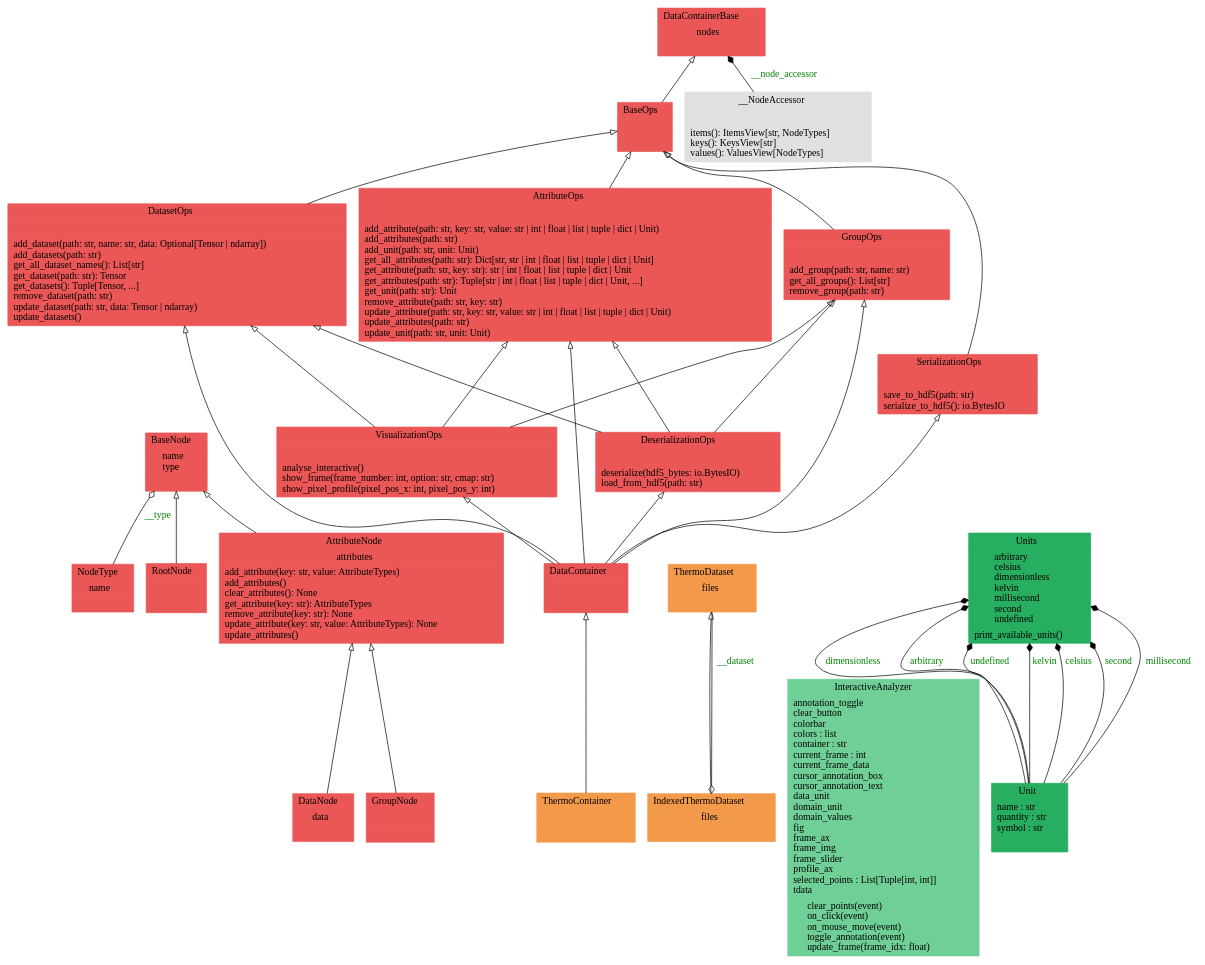
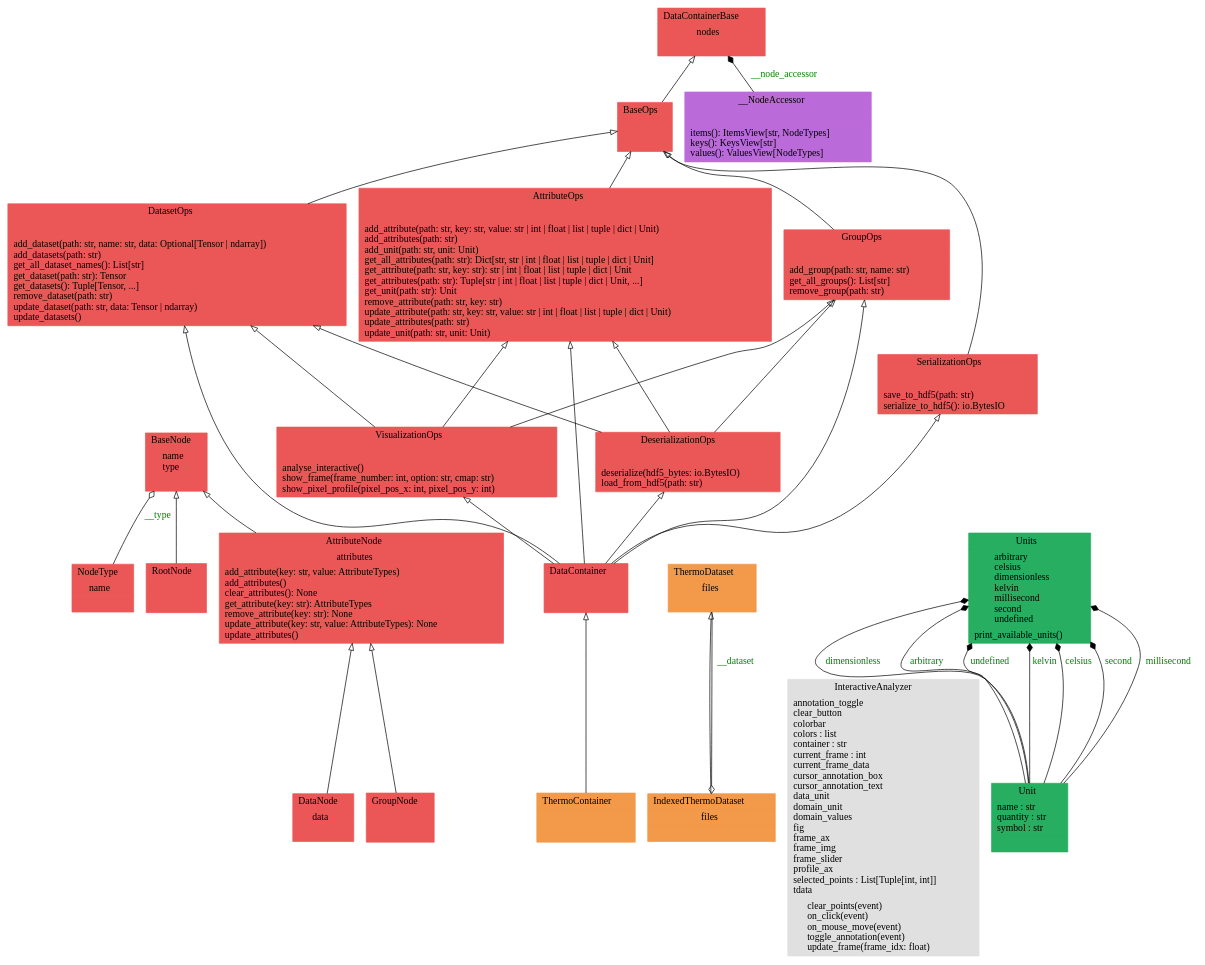
The diagram in docs/pyreverse/classes_pythermondt.data.gv (voidsy-gmbh/pyThermoNDT), drawn with Graphviz before and after one commit. The commit also changed 3 other files, not shown here.

Commit message:
Update pyreverse diagrams

```diff
--- a/docs/pyreverse/classes_pythermondt.data.gv
+++ b/docs/pyreverse/classes_pythermondt.data.gv
@@ -1,59 +1,59 @@
 digraph "classes_pythermondt.data" {
 rankdir=BT
 charset="utf-8"
 "pythermondt.data.datacontainer.node.AttributeNode" [color="#EB5757", fontcolor="black", label=<{AttributeNode|attributes<br ALIGN="LEFT"/>|add_attribute(key: str, value: AttributeTypes)<br ALIGN="LEFT"/>add_attributes()<br ALIGN="LEFT"/>clear_attributes(): None<br ALIGN="LEFT"/>get_attribute(key: str): AttributeTypes<br ALIGN="LEFT"/>remove_attribute(key: str): None<br ALIGN="LEFT"/>update_attribute(key: str, value: AttributeTypes): None<br ALIGN="LEFT"/>update_attributes()<br ALIGN="LEFT"/>}>, shape="record", style="filled"];
 "pythermondt.data.datacontainer.attribute_ops.AttributeOps" [color="#EB5757", fontcolor="black", label=<{AttributeOps|<br ALIGN="LEFT"/>|add_attribute(path: str, key: str, value: str \| int \| float \| list \| tuple \| dict \| Unit)<br ALIGN="LEFT"/>add_attributes(path: str)<br ALIGN="LEFT"/>add_unit(path: str, unit: Unit)<br ALIGN="LEFT"/>get_all_attributes(path: str): Dict[str, str \| int \| float \| list \| tuple \| dict \| Unit]<br ALIGN="LEFT"/>get_attribute(path: str, key: str): str \| int \| float \| list \| tuple \| dict \| Unit<br ALIGN="LEFT"/>get_attributes(path: str): Tuple[str \| int \| float \| list \| tuple \| dict \| Unit, ...]<br ALIGN="LEFT"/>get_unit(path: str): Unit<br ALIGN="LEFT"/>remove_attribute(path: str, key: str)<br ALIGN="LEFT"/>update_attribute(path: str, key: str, value: str \| int \| float \| list \| tuple \| dict \| Unit)<br ALIGN="LEFT"/>update_attributes(path: str)<br ALIGN="LEFT"/>update_unit(path: str, unit: Unit)<br ALIGN="LEFT"/>}>, shape="record", style="filled"];
 "pythermondt.data.datacontainer.node.BaseNode" [color="#EB5757", fontcolor="black", label=<{BaseNode|name<br ALIGN="LEFT"/>type<br ALIGN="LEFT"/>|}>, shape="record", style="filled"];
 "pythermondt.data.datacontainer.base.BaseOps" [color="#EB5757", fontcolor="black", label=<{BaseOps|<br ALIGN="LEFT"/>|}>, shape="record", style="filled"];
 "pythermondt.data.datacontainer.core.DataContainer" [color="#EB5757", fontcolor="black", label=<{DataContainer|<br ALIGN="LEFT"/>|}>, shape="record", style="filled"];
 "pythermondt.data.datacontainer.base.DataContainerBase" [color="#EB5757", fontcolor="black", label=<{DataContainerBase|nodes<br ALIGN="LEFT"/>|}>, shape="record", style="filled"];
 "pythermondt.data.datacontainer.node.DataNode" [color="#EB5757", fontcolor="black", label=<{DataNode|data<br ALIGN="LEFT"/>|}>, shape="record", style="filled"];
 "pythermondt.data.datacontainer.dataset_ops.DatasetOps" [color="#EB5757", fontcolor="black", label=<{DatasetOps|<br ALIGN="LEFT"/>|add_dataset(path: str, name: str, data: Optional[Tensor \| ndarray])<br ALIGN="LEFT"/>add_datasets(path: str)<br ALIGN="LEFT"/>get_all_dataset_names(): List[str]<br ALIGN="LEFT"/>get_dataset(path: str): Tensor<br ALIGN="LEFT"/>get_datasets(): Tuple[Tensor, ...]<br ALIGN="LEFT"/>remove_dataset(path: str)<br ALIGN="LEFT"/>update_dataset(path: str, data: Tensor \| ndarray)<br ALIGN="LEFT"/>update_datasets()<br ALIGN="LEFT"/>}>, shape="record", style="filled"];
 "pythermondt.data.datacontainer.serialization_ops.DeserializationOps" [color="#EB5757", fontcolor="black", label=<{DeserializationOps|<br ALIGN="LEFT"/>|deserialize(hdf5_bytes: io.BytesIO)<br ALIGN="LEFT"/>load_from_hdf5(path: str)<br ALIGN="LEFT"/>}>, shape="record", style="filled"];
 "pythermondt.data.datacontainer.node.GroupNode" [color="#EB5757", fontcolor="black", label=<{GroupNode|<br ALIGN="LEFT"/>|}>, shape="record", style="filled"];
 "pythermondt.data.datacontainer.group_ops.GroupOps" [color="#EB5757", fontcolor="black", label=<{GroupOps|<br ALIGN="LEFT"/>|add_group(path: str, name: str)<br ALIGN="LEFT"/>get_all_groups(): List[str]<br ALIGN="LEFT"/>remove_group(path: str)<br ALIGN="LEFT"/>}>, shape="record", style="filled"];
 "pythermondt.data.thermo_dataset.IndexedThermoDataset" [color="#F2994A", fontcolor="black", label=<{IndexedThermoDataset|files<br ALIGN="LEFT"/>|}>, shape="record", style="filled"];
-"pythermondt.data.datacontainer.visualization_ops.VisualizationOps.InteractiveAnalyzer" [color="#6FCF97", fontcolor="black", label=<{InteractiveAnalyzer|annotation_toggle<br ALIGN="LEFT"/>clear_button<br ALIGN="LEFT"/>colorbar<br ALIGN="LEFT"/>colors : list<br ALIGN="LEFT"/>container : str<br ALIGN="LEFT"/>current_frame : int<br ALIGN="LEFT"/>current_frame_data<br ALIGN="LEFT"/>cursor_annotation_box<br ALIGN="LEFT"/>cursor_annotation_text<br ALIGN="LEFT"/>data_unit<br ALIGN="LEFT"/>domain_unit<br ALIGN="LEFT"/>domain_values<br ALIGN="LEFT"/>fig<br ALIGN="LEFT"/>frame_ax<br ALIGN="LEFT"/>frame_img<br ALIGN="LEFT"/>frame_slider<br ALIGN="LEFT"/>profile_ax<br ALIGN="LEFT"/>selected_points : List[Tuple[int, int]]<br ALIGN="LEFT"/>tdata<br ALIGN="LEFT"/>|clear_points(event)<br ALIGN="LEFT"/>on_click(event)<br ALIGN="LEFT"/>on_mouse_move(event)<br ALIGN="LEFT"/>toggle_annotation(event)<br ALIGN="LEFT"/>update_frame(frame_idx: float)<br ALIGN="LEFT"/>}>, shape="record", style="filled"];
+"pythermondt.data.datacontainer.visualization_ops.VisualizationOps.InteractiveAnalyzer" [color="#E0E0E0", fontcolor="black", label=<{InteractiveAnalyzer|annotation_toggle<br ALIGN="LEFT"/>clear_button<br ALIGN="LEFT"/>colorbar<br ALIGN="LEFT"/>colors : list<br ALIGN="LEFT"/>container : str<br ALIGN="LEFT"/>current_frame : int<br ALIGN="LEFT"/>current_frame_data<br ALIGN="LEFT"/>cursor_annotation_box<br ALIGN="LEFT"/>cursor_annotation_text<br ALIGN="LEFT"/>data_unit<br ALIGN="LEFT"/>domain_unit<br ALIGN="LEFT"/>domain_values<br ALIGN="LEFT"/>fig<br ALIGN="LEFT"/>frame_ax<br ALIGN="LEFT"/>frame_img<br ALIGN="LEFT"/>frame_slider<br ALIGN="LEFT"/>profile_ax<br ALIGN="LEFT"/>selected_points : List[Tuple[int, int]]<br ALIGN="LEFT"/>tdata<br ALIGN="LEFT"/>|clear_points(event)<br ALIGN="LEFT"/>on_click(event)<br ALIGN="LEFT"/>on_mouse_move(event)<br ALIGN="LEFT"/>toggle_annotation(event)<br ALIGN="LEFT"/>update_frame(frame_idx: float)<br ALIGN="LEFT"/>}>, shape="record", style="filled"];
 "pythermondt.data.datacontainer.node.NodeType" [color="#EB5757", fontcolor="black", label=<{NodeType|name<br ALIGN="LEFT"/>|}>, shape="record", style="filled"];
 "pythermondt.data.datacontainer.node.RootNode" [color="#EB5757", fontcolor="black", label=<{RootNode|<br ALIGN="LEFT"/>|}>, shape="record", style="filled"];
 "pythermondt.data.datacontainer.serialization_ops.SerializationOps" [color="#EB5757", fontcolor="black", label=<{SerializationOps|<br ALIGN="LEFT"/>|save_to_hdf5(path: str)<br ALIGN="LEFT"/>serialize_to_hdf5(): io.BytesIO<br ALIGN="LEFT"/>}>, shape="record", style="filled"];
 "pythermondt.data.thermo_container.ThermoContainer" [color="#F2994A", fontcolor="black", label=<{ThermoContainer|<br ALIGN="LEFT"/>|}>, shape="record", style="filled"];
 "pythermondt.data.thermo_dataset.ThermoDataset" [color="#F2994A", fontcolor="black", label=<{ThermoDataset|files<br ALIGN="LEFT"/>|}>, shape="record", style="filled"];
 "pythermondt.data.units._unit.Unit" [color="#27AE60", fontcolor="black", label=<{Unit|name : str<br ALIGN="LEFT"/>quantity : str<br ALIGN="LEFT"/>symbol : str<br ALIGN="LEFT"/>|}>, shape="record", style="filled"];
 "pythermondt.data.units.units.Units" [color="#27AE60", fontcolor="black", label=<{Units|arbitrary<br ALIGN="LEFT"/>celsius<br ALIGN="LEFT"/>dimensionless<br ALIGN="LEFT"/>kelvin<br ALIGN="LEFT"/>millisecond<br ALIGN="LEFT"/>second<br ALIGN="LEFT"/>undefined<br ALIGN="LEFT"/>|print_available_units()<br ALIGN="LEFT"/>}>, shape="record", style="filled"];
 "pythermondt.data.datacontainer.visualization_ops.VisualizationOps" [color="#EB5757", fontcolor="black", label=<{VisualizationOps|<br ALIGN="LEFT"/>|analyse_interactive()<br ALIGN="LEFT"/>show_frame(frame_number: int, option: str, cmap: str)<br ALIGN="LEFT"/>show_pixel_profile(pixel_pos_x: int, pixel_pos_y: int)<br ALIGN="LEFT"/>}>, shape="record", style="filled"];
-"pythermondt.data.datacontainer.base.DataContainerBase.__NodeAccessor" [color="#E0E0E0", fontcolor="black", label=<{__NodeAccessor|<br ALIGN="LEFT"/>|items(): ItemsView[str, NodeTypes]<br ALIGN="LEFT"/>keys(): KeysView[str]<br ALIGN="LEFT"/>values(): ValuesView[NodeTypes]<br ALIGN="LEFT"/>}>, shape="record", style="filled"];
+"pythermondt.data.datacontainer.base.DataContainerBase.__NodeAccessor" [color="#BB6BD9", fontcolor="black", label=<{__NodeAccessor|<br ALIGN="LEFT"/>|items(): ItemsView[str, NodeTypes]<br ALIGN="LEFT"/>keys(): KeysView[str]<br ALIGN="LEFT"/>values(): ValuesView[NodeTypes]<br ALIGN="LEFT"/>}>, shape="record", style="filled"];
 "pythermondt.data.datacontainer.attribute_ops.AttributeOps" -> "pythermondt.data.datacontainer.base.BaseOps" [arrowhead="empty", arrowtail="none"];
 "pythermondt.data.datacontainer.base.BaseOps" -> "pythermondt.data.datacontainer.base.DataContainerBase" [arrowhead="empty", arrowtail="none"];
 "pythermondt.data.datacontainer.core.DataContainer" -> "pythermondt.data.datacontainer.attribute_ops.AttributeOps" [arrowhead="empty", arrowtail="none"];
 "pythermondt.data.datacontainer.core.DataContainer" -> "pythermondt.data.datacontainer.dataset_ops.DatasetOps" [arrowhead="empty", arrowtail="none"];
 "pythermondt.data.datacontainer.core.DataContainer" -> "pythermondt.data.datacontainer.group_ops.GroupOps" [arrowhead="empty", arrowtail="none"];
 "pythermondt.data.datacontainer.core.DataContainer" -> "pythermondt.data.datacontainer.serialization_ops.DeserializationOps" [arrowhead="empty", arrowtail="none"];
 "pythermondt.data.datacontainer.core.DataContainer" -> "pythermondt.data.datacontainer.serialization_ops.SerializationOps" [arrowhead="empty", arrowtail="none"];
 "pythermondt.data.datacontainer.core.DataContainer" -> "pythermondt.data.datacontainer.visualization_ops.VisualizationOps" [arrowhead="empty", arrowtail="none"];
 "pythermondt.data.datacontainer.dataset_ops.DatasetOps" -> "pythermondt.data.datacontainer.base.BaseOps" [arrowhead="empty", arrowtail="none"];
 "pythermondt.data.datacontainer.group_ops.GroupOps" -> "pythermondt.data.datacontainer.base.BaseOps" [arrowhead="empty", arrowtail="none"];
 "pythermondt.data.datacontainer.node.AttributeNode" -> "pythermondt.data.datacontainer.node.BaseNode" [arrowhead="empty", arrowtail="none"];
 "pythermondt.data.datacontainer.node.DataNode" -> "pythermondt.data.datacontainer.node.AttributeNode" [arrowhead="empty", arrowtail="none"];
 "pythermondt.data.datacontainer.node.GroupNode" -> "pythermondt.data.datacontainer.node.AttributeNode" [arrowhead="empty", arrowtail="none"];
 "pythermondt.data.datacontainer.node.RootNode" -> "pythermondt.data.datacontainer.node.BaseNode" [arrowhead="empty", arrowtail="none"];
 "pythermondt.data.datacontainer.serialization_ops.DeserializationOps" -> "pythermondt.data.datacontainer.attribute_ops.AttributeOps" [arrowhead="empty", arrowtail="none"];
 "pythermondt.data.datacontainer.serialization_ops.DeserializationOps" -> "pythermondt.data.datacontainer.dataset_ops.DatasetOps" [arrowhead="empty", arrowtail="none"];
 "pythermondt.data.datacontainer.serialization_ops.DeserializationOps" -> "pythermondt.data.datacontainer.group_ops.GroupOps" [arrowhead="empty", arrowtail="none"];
 "pythermondt.data.datacontainer.serialization_ops.SerializationOps" -> "pythermondt.data.datacontainer.base.BaseOps" [arrowhead="empty", arrowtail="none"];
 "pythermondt.data.datacontainer.visualization_ops.VisualizationOps" -> "pythermondt.data.datacontainer.attribute_ops.AttributeOps" [arrowhead="empty", arrowtail="none"];
 "pythermondt.data.datacontainer.visualization_ops.VisualizationOps" -> "pythermondt.data.datacontainer.dataset_ops.DatasetOps" [arrowhead="empty", arrowtail="none"];
 "pythermondt.data.datacontainer.visualization_ops.VisualizationOps" -> "pythermondt.data.datacontainer.group_ops.GroupOps" [arrowhead="empty", arrowtail="none"];
 "pythermondt.data.thermo_container.ThermoContainer" -> "pythermondt.data.datacontainer.core.DataContainer" [arrowhead="empty", arrowtail="none"];
 "pythermondt.data.thermo_dataset.IndexedThermoDataset" -> "pythermondt.data.thermo_dataset.ThermoDataset" [arrowhead="empty", arrowtail="none"];
 "pythermondt.data.datacontainer.base.DataContainerBase.__NodeAccessor" -> "pythermondt.data.datacontainer.base.DataContainerBase" [arrowhead="diamond", arrowtail="none", fontcolor="green", label="__node_accessor", style="solid"];
 "pythermondt.data.units._unit.Unit" -> "pythermondt.data.units.units.Units" [arrowhead="diamond", arrowtail="none", fontcolor="green", label="dimensionless", style="solid"];
 "pythermondt.data.units._unit.Unit" -> "pythermondt.data.units.units.Units" [arrowhead="diamond", arrowtail="none", fontcolor="green", label="arbitrary", style="solid"];
 "pythermondt.data.units._unit.Unit" -> "pythermondt.data.units.units.Units" [arrowhead="diamond", arrowtail="none", fontcolor="green", label="undefined", style="solid"];
 "pythermondt.data.units._unit.Unit" -> "pythermondt.data.units.units.Units" [arrowhead="diamond", arrowtail="none", fontcolor="green", label="kelvin", style="solid"];
 "pythermondt.data.units._unit.Unit" -> "pythermondt.data.units.units.Units" [arrowhead="diamond", arrowtail="none", fontcolor="green", label="celsius", style="solid"];
 "pythermondt.data.units._unit.Unit" -> "pythermondt.data.units.units.Units" [arrowhead="diamond", arrowtail="none", fontcolor="green", label="second", style="solid"];
 "pythermondt.data.units._unit.Unit" -> "pythermondt.data.units.units.Units" [arrowhead="diamond", arrowtail="none", fontcolor="green", label="millisecond", style="solid"];
 "pythermondt.data.datacontainer.node.NodeType" -> "pythermondt.data.datacontainer.node.BaseNode" [arrowhead="odiamond", arrowtail="none", fontcolor="green", label="__type", style="solid"];
 "pythermondt.data.thermo_dataset.ThermoDataset" -> "pythermondt.data.thermo_dataset.IndexedThermoDataset" [arrowhead="odiamond", arrowtail="none", fontcolor="green", label="__dataset", style="solid"];
 }
```
